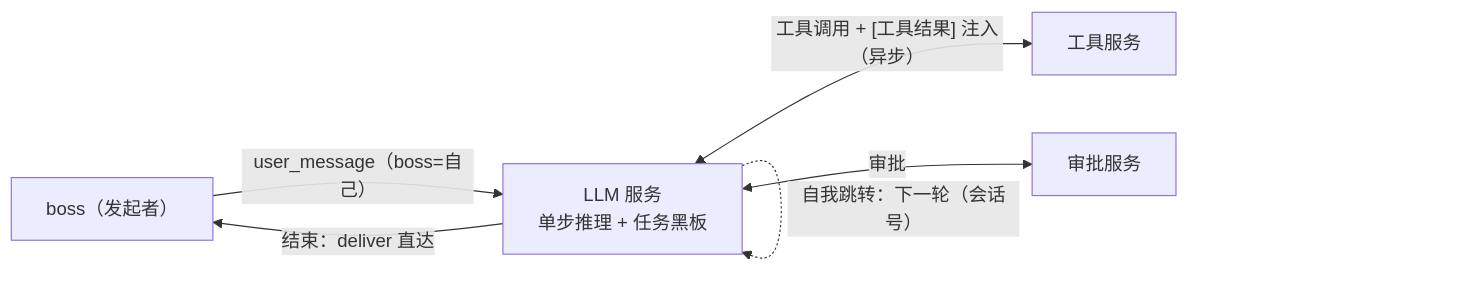
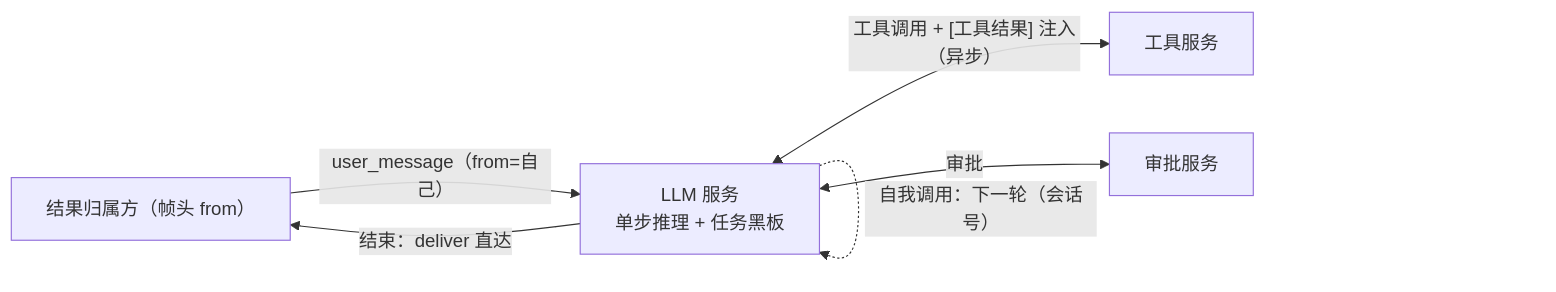
Before and after one commit to NouSart/sump: the first of 2 diagrams in docs/concepts/architecture.md, drawn with Mermaid. The commit also changed other lines of this file and 12 other files, not shown here.

````diff
--- a/docs/concepts/architecture.md
+++ b/docs/concepts/architecture.md
@@ -77,8 +77,8 @@
 ```mermaid
 flowchart LR
-    B["boss（发起者）"] -->|"user_message（boss=自己）"| L["LLM 服务<br/>单步推理 + 任务黑板"]
+    B["结果归属方（帧头 from）"] -->|"user_message（from=自己）"| L["LLM 服务<br/>单步推理 + 任务黑板"]
     L <-->|"工具调用 + [工具结果] 注入（异步）"| T[工具服务]
     L <-->|审批| P[审批服务]
-    L -.->|"自我跳转：下一轮（会话号）"| L
+    L -.->|"自我调用：下一轮（会话号）"| L
     L -->|"结束：deliver 直达"| B
 ```
````
